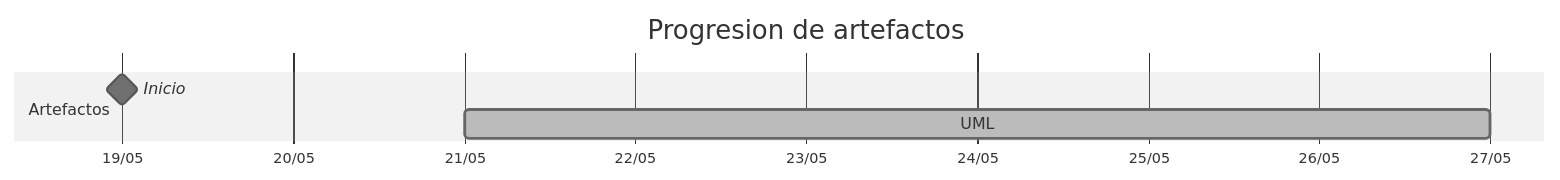
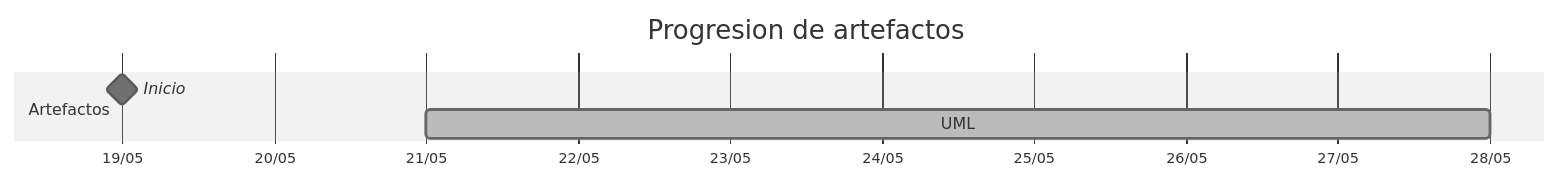
The diagram in TIMELINES/martinlopez7.md (carlos-alvarado-25/25-26-idsw2-sdVC), drawn with Mermaid (neutral theme) before and after one commit. The commit also changed other lines of this file and 1 other file, not shown here.

````diff
--- a/TIMELINES/martinlopez7.md
+++ b/TIMELINES/martinlopez7.md
@@ -18,9 +18,9 @@
 ```mermaid
 gantt
     title Progresion de artefactos
     dateFormat YYYY-MM-DD
     axisFormat %d/%m
     section Artefactos
         Inicio       :milestone, 2026-05-19, 0d
-        UML          :done, 2026-05-21, 2026-05-27
+        UML          :done, 2026-05-21, 2026-05-28
 ```
````
